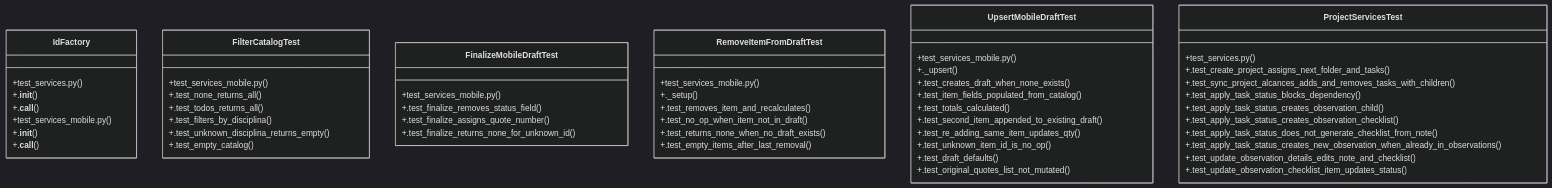
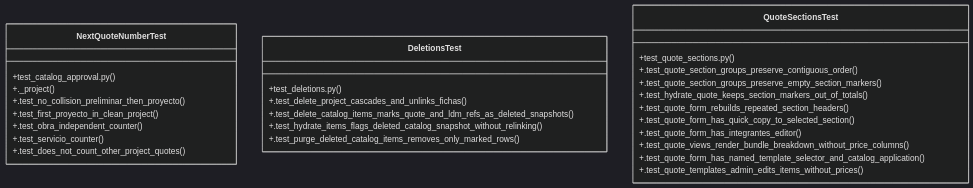
The diagram in graphify-out/wiki/Community_4.md (Daftrick/ProjectTracker), drawn with Mermaid (dark theme) before and after one commit. The commit also changed other lines of this file and 373 other files, not shown here.

Commit message:
feat: multiple quote templates and bundle breakdown

````diff
--- a/graphify-out/wiki/Community_4.md
+++ b/graphify-out/wiki/Community_4.md
@@ -36,59 +36,31 @@
 ```mermaid
 classDiagram
-    class IdFactory {
-        +test_services.py()
-        +.__init__()
-        +.__call__()
+    class NextQuoteNumberTest {
+        +test_catalog_approval.py()
+        +._project()
+        +.test_no_collision_preliminar_then_proyecto()
+        +.test_first_proyecto_in_clean_project()
+        +.test_obra_independent_counter()
+        +.test_servicio_counter()
+        +.test_does_not_count_other_project_quotes()
     }
-    class FilterCatalogTest {
-        +test_services_mobile.py()
-        +.test_none_returns_all()
-        +.test_todos_returns_all()
-        +.test_filters_by_disciplina()
-        +.test_unknown_disciplina_returns_empty()
-        +.test_empty_catalog()
+    class DeletionsTest {
+        +test_deletions.py()
+        +.test_delete_project_cascades_and_unlinks_fichas()
+        +.test_delete_catalog_items_marks_quote_and_ldm_refs_as_deleted_snapshots()
+        +.test_hydrate_items_flags_deleted_catalog_snapshot_without_relinking()
+        +.test_purge_deleted_catalog_items_removes_only_marked_rows()
     }
-    class FinalizeMobileDraftTest {
-        +test_services_mobile.py()
-        +.test_finalize_removes_status_field()
-        +.test_finalize_assigns_quote_number()
-        +.test_finalize_returns_none_for_unknown_id()
-    }
-    class IdFactory {
-        +test_services_mobile.py()
-        +.__init__()
-        +.__call__()
-    }
-    class RemoveItemFromDraftTest {
-        +test_services_mobile.py()
-        +._setup()
-        +.test_removes_item_and_recalculates()
-        +.test_no_op_when_item_not_in_draft()
-        +.test_returns_none_when_no_draft_exists()
-        +.test_empty_items_after_last_removal()
-    }
-    class UpsertMobileDraftTest {
-        +test_services_mobile.py()
-        +._upsert()
-        +.test_creates_draft_when_none_exists()
-        +.test_item_fields_populated_from_catalog()
-        +.test_totals_calculated()
-        +.test_second_item_appended_to_existing_draft()
-        +.test_re_adding_same_item_updates_qty()
-        +.test_unknown_item_id_is_no_op()
-        +.test_draft_defaults()
-        +.test_original_quotes_list_not_mutated()
-    }
-    class ProjectServicesTest {
-        +test_services.py()
-        +.test_create_project_assigns_next_folder_and_tasks()
-        +.test_sync_project_alcances_adds_and_removes_tasks_with_children()
-        +.test_apply_task_status_blocks_dependency()
-        +.test_apply_task_status_creates_observation_child()
-        +.test_apply_task_status_creates_observation_checklist()
-        +.test_apply_task_status_does_not_generate_checklist_from_note()
-        +.test_apply_task_status_creates_new_observation_when_already_in_observations()
-        +.test_update_observation_details_edits_note_and_checklist()
-        +.test_update_observation_checklist_item_updates_status()
+    class QuoteSectionsTest {
+        +test_quote_sections.py()
+        +.test_quote_section_groups_preserve_contiguous_order()
+        +.test_quote_section_groups_preserve_empty_section_markers()
+        +.test_hydrate_quote_keeps_section_markers_out_of_totals()
+        +.test_quote_form_rebuilds_repeated_section_headers()
+        +.test_quote_form_has_quick_copy_to_selected_section()
+        +.test_quote_form_has_integrantes_editor()
+        +.test_quote_views_render_bundle_breakdown_without_price_columns()
+        +.test_quote_form_has_named_template_selector_and_catalog_application()
+        +.test_quote_templates_admin_edits_items_without_prices()
     }
 ```
````
